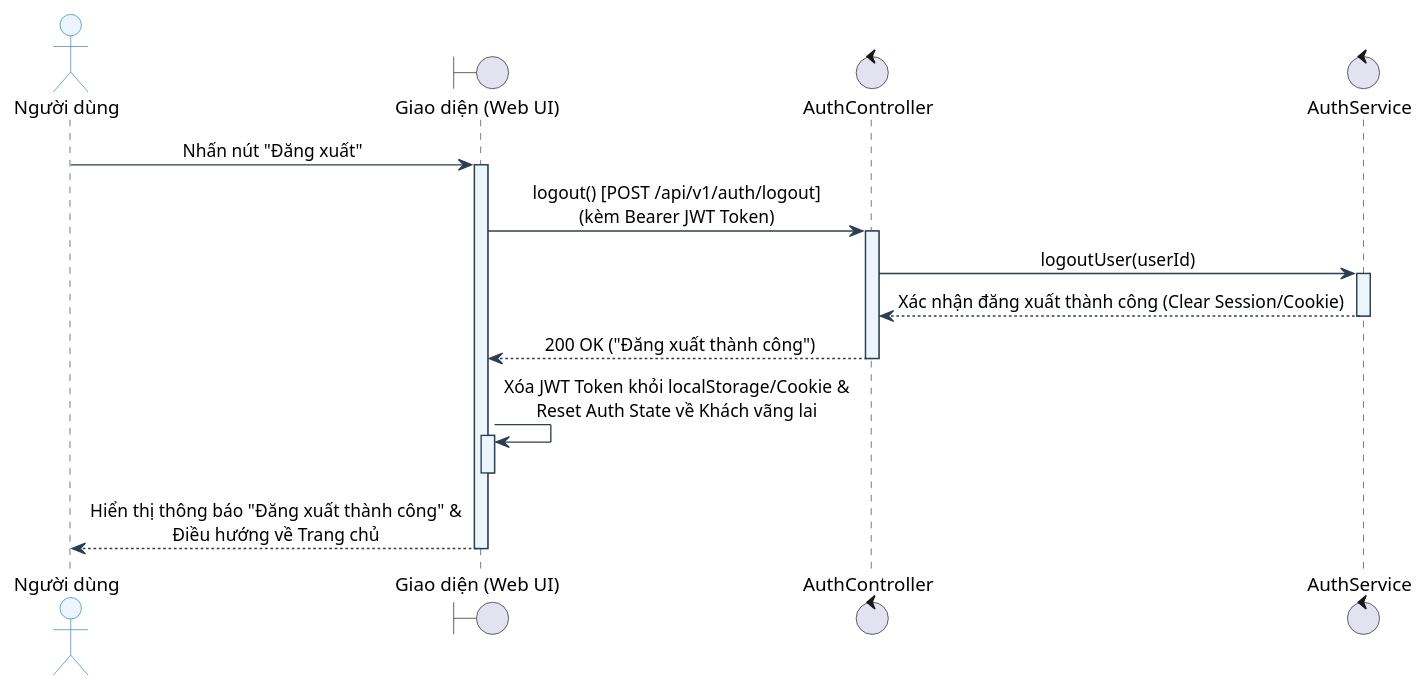
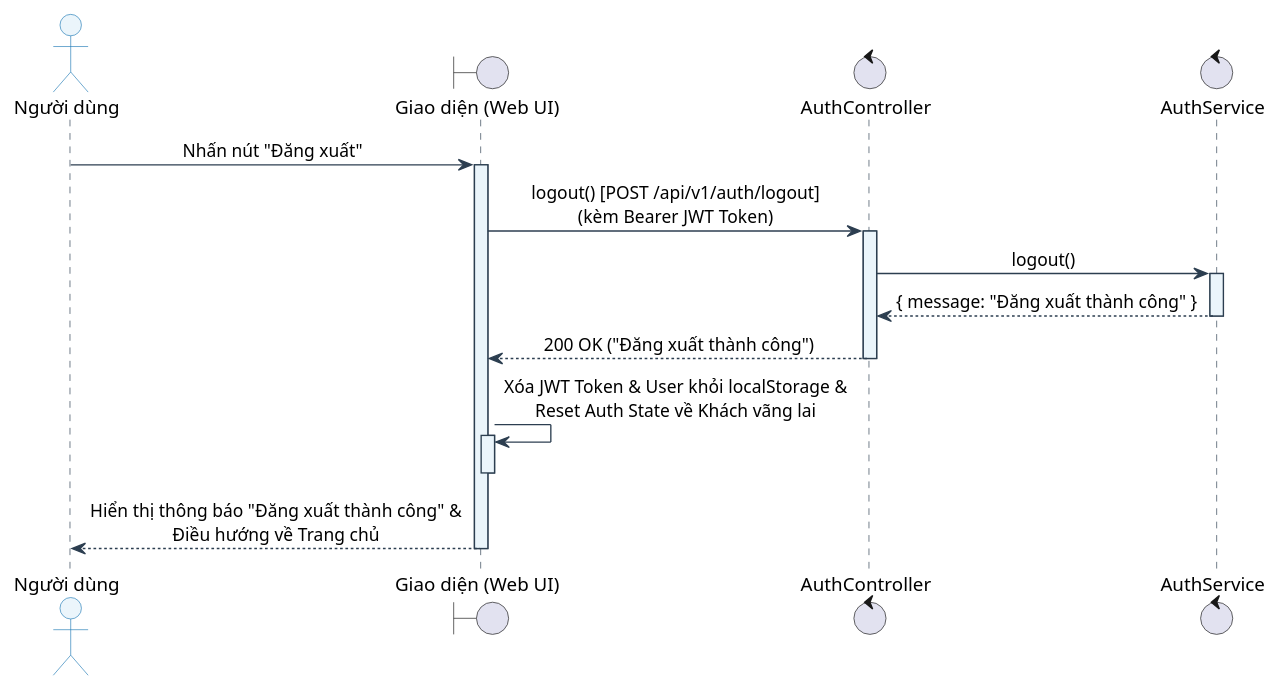
One commit to Phuc280106/BrewLite2 changed the diagram in docs/diagrams/auth/sequence-auth-logout.puml. Above: the diagram before and after it, drawn with PlantUML. The commit also changed 5 other files, not shown here.

Commit message:
fix(diagram): chỉnh sửa lại các sequence auth

```diff
--- a/docs/diagrams/auth/sequence-auth-logout.puml
+++ b/docs/diagrams/auth/sequence-auth-logout.puml
@@ -1,38 +1,38 @@
 @startuml
 
 skinparam backgroundColor white
 skinparam sequence {
     ArrowColor #2C3E50
     LifeLineBorderColor #2C3E50
     LifeLineBorderThickness 1.5
     LifeLineBackgroundColor #EBF5FB
     ParticipantBorderColor #2980B9
     ParticipantBackgroundColor #EBF5FB
     ParticipantFontColor #1B4F72
     ActorBorderColor #2980B9
     ActorBackgroundColor #EBF5FB
     BoxBorderColor #2C3E50
     BoxBackgroundColor #FFFFFF
     MessageAlign center
     ResponseMessageBelowArrow true
 }
 
 autoactivate on
 
 actor "Người dùng" as User
 boundary "Giao diện (Web UI)" as UI
 control "AuthController" as Controller
 control "AuthService" as Service
 
 User -> UI : Nhấn nút "Đăng xuất"
 UI -> Controller : logout() [POST /api/v1/auth/logout]\n(kèm Bearer JWT Token)
-Controller -> Service : logoutUser(userId)
-Service --> Controller : Xác nhận đăng xuất thành công (Clear Session/Cookie)
+Controller -> Service : logout()
+Service --> Controller : { message: "Đăng xuất thành công" }
 Controller --> UI : 200 OK ("Đăng xuất thành công")
 
-UI -> UI : Xóa JWT Token khỏi localStorage/Cookie &\nReset Auth State về Khách vãng lai
+UI -> UI : Xóa JWT Token & User khỏi localStorage &\nReset Auth State về Khách vãng lai
 deactivate UI
 
 UI --> User : Hiển thị thông báo "Đăng xuất thành công" &\nĐiều hướng về Trang chủ
 
 @enduml
```
